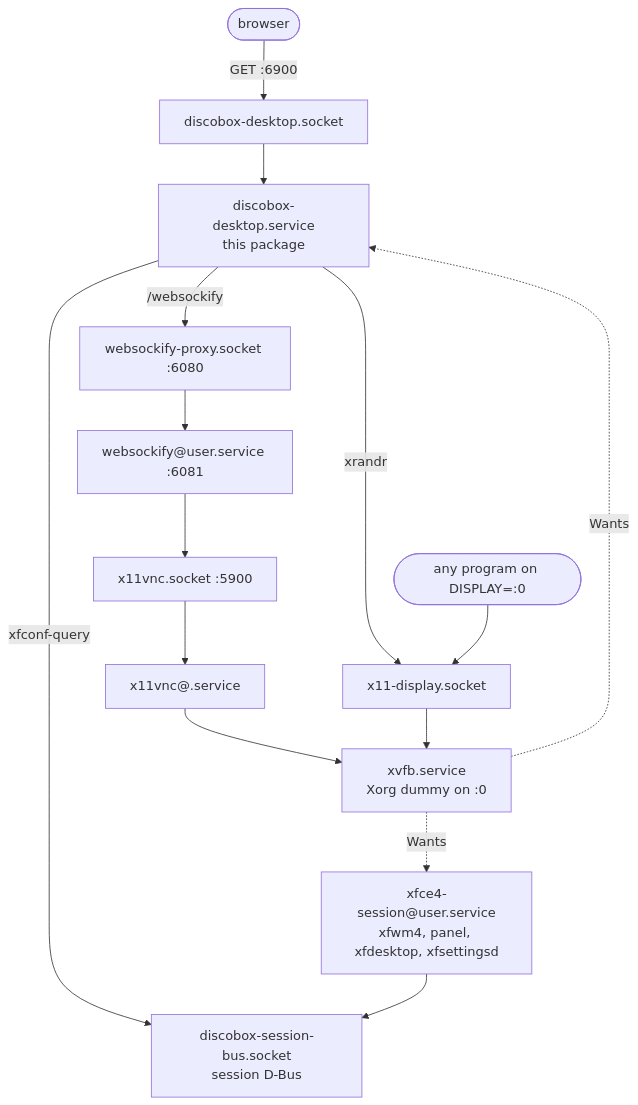
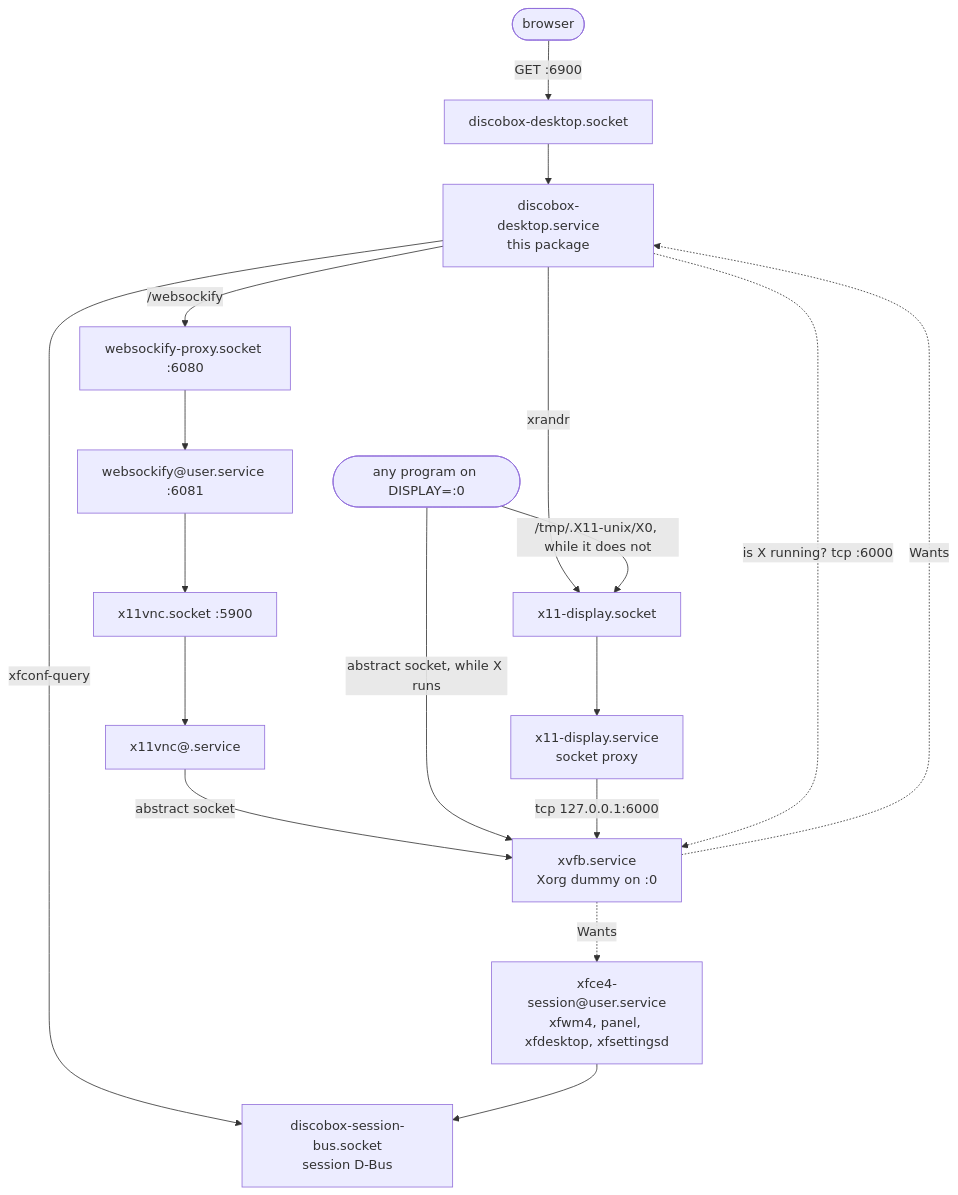
The diagram in sandbox-agent/desktop/DESIGN.md (discobox-ai/discobox), drawn with Mermaid before and after one commit. The commit also changed other lines of this file and 5 other files, not shown here.

````diff
--- a/sandbox-agent/desktop/DESIGN.md
+++ b/sandbox-agent/desktop/DESIGN.md
@@ -16,17 +16,20 @@
 ```mermaid
 flowchart TD
     browser(["browser"]) -->|"GET :6900"| dsock["discobox-desktop.socket"]
     dsock --> dsvc["discobox-desktop.service<br/>this package"]
     dsvc -->|"/websockify"| wsock["websockify-proxy.socket :6080"]
     wsock --> wsvc["websockify@user.service :6081"]
     wsvc --> vsock["x11vnc.socket :5900"]
     vsock --> vnc["x11vnc@.service"]
     dsvc -->|"xrandr"| xsock
     dsvc -->|"xfconf-query"| bus["discobox-session-bus.socket<br/>session D-Bus"]
-    vnc --> xorg["xvfb.service<br/>Xorg dummy on :0"]
-    app(["any program on DISPLAY=:0"]) --> xsock["x11-display.socket"]
-    xsock --> xorg
+    vnc -->|"abstract socket"| xorg["xvfb.service<br/>Xorg dummy on :0"]
+    app(["any program on DISPLAY=:0"]) -->|"abstract socket, while X runs"| xorg
+    app -->|"/tmp/.X11-unix/X0, while it does not"| xsock["x11-display.socket"]
+    xsock --> xproxy["x11-display.service<br/>socket proxy"]
+    xproxy -->|"tcp 127.0.0.1:6000"| xorg
+    dsvc -.->|"is X running? tcp :6000"| xorg
     xorg -.->|"Wants"| dsvc
     xorg -.->|"Wants"| xfce["xfce4-session@user.service<br/>xfwm4, panel, xfdesktop, xfsettingsd"]
     xfce --> bus
 ```
````
